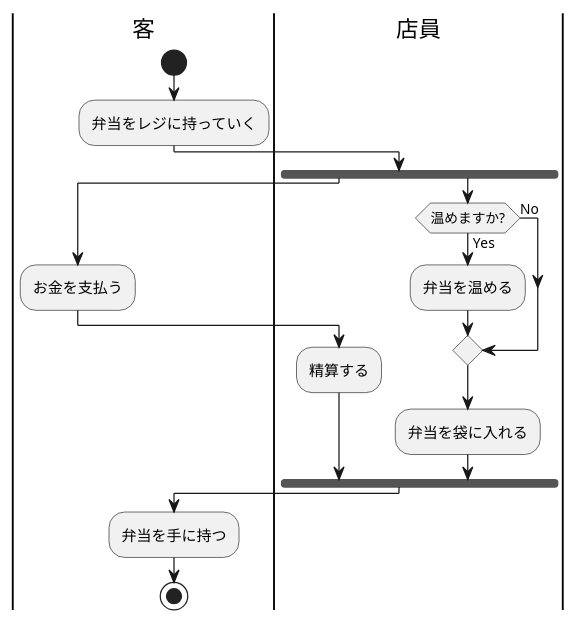
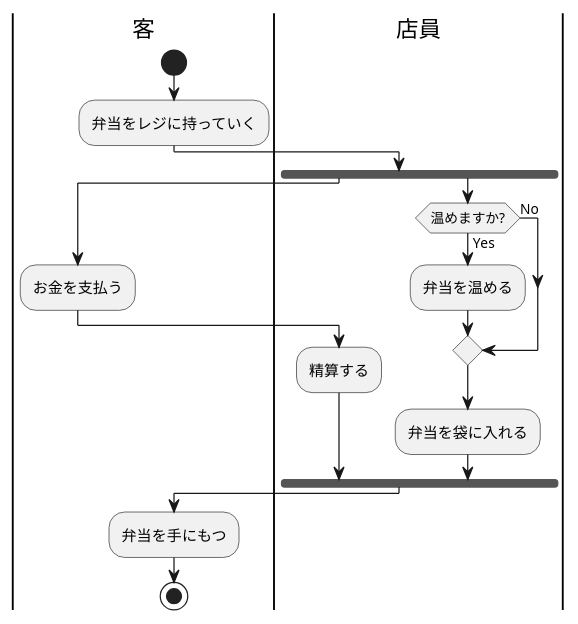
The diagram in 図7-10_AC_コンビニで弁当買う.pu (allface017/uml-introduction), drawn with PlantUML before and after one commit.

```diff
--- a/図7-10_AC_コンビニで弁当買う.pu
+++ b/図7-10_AC_コンビニで弁当買う.pu
@@ -1,32 +1,32 @@
 @startuml アクティビティ図の例
 |客|
 |客|
 |店員|
 |店員|
 
 
 |客|
 start
 :弁当をレジに持っていく;
 |店員|
 fork
 |客|
 :お金を支払う;
 |客|
 |店員|
 :精算する;
 fork again
 if (温めますか?) then (Yes)
 :弁当を温める;
 else (No)
 endif
 |店員|
 :弁当を袋に入れる;
 
 |店員|
 end fork
 |店員|
 |客|
-:弁当を手に持つ;
+:弁当を手にもつ;
 stop
 @enduml
```
